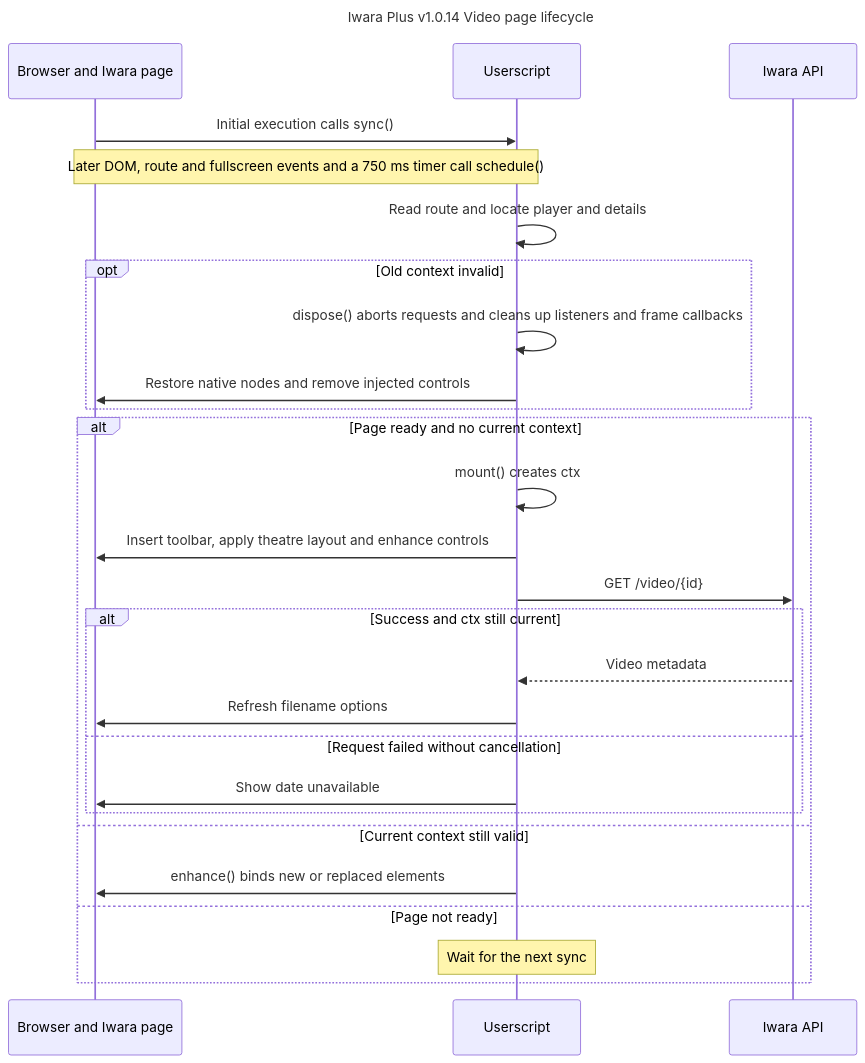
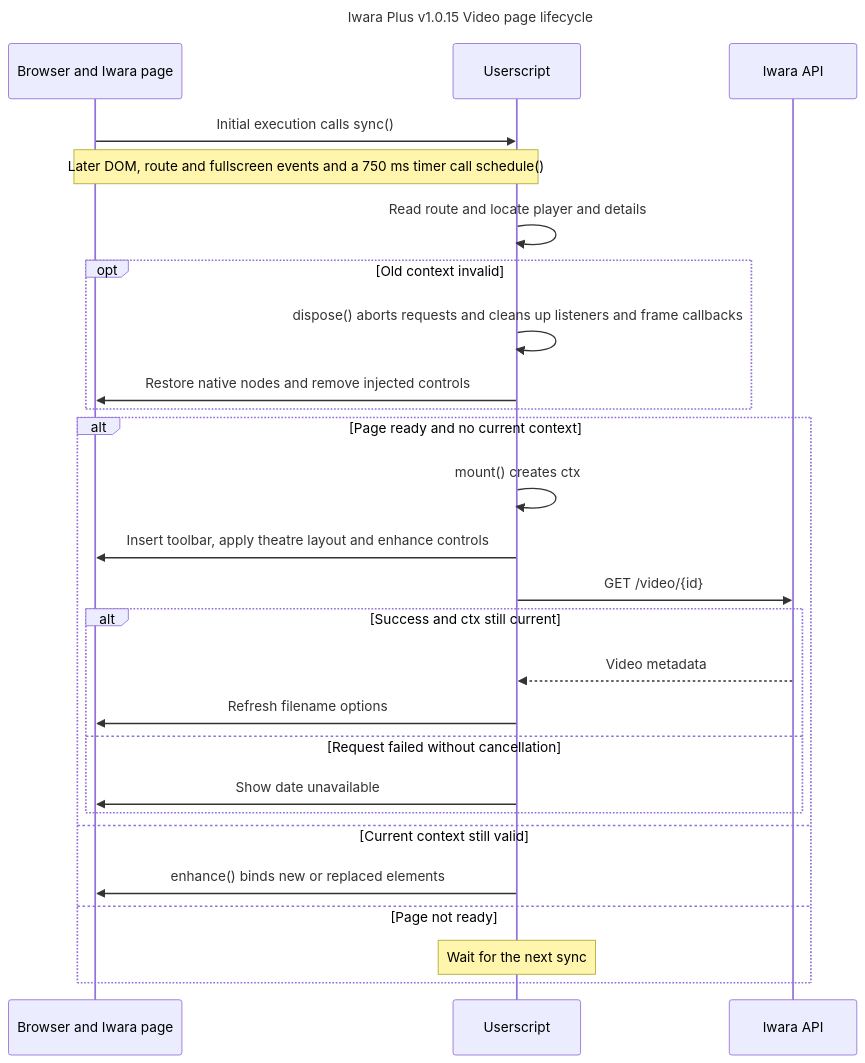
The second of 6 diagrams in docs/architecture.md (lhYanghc/iwara-plus), drawn with Mermaid before and after one commit. The commit also changed other lines of this file and 7 other files, not shown here.

````diff
--- a/docs/architecture.md
+++ b/docs/architecture.md
@@ -67,31 +70,31 @@
 ```mermaid
 ---
-title: Iwara Plus v1.0.14 Video page lifecycle
+title: Iwara Plus v1.0.15 Video page lifecycle
 ---
 sequenceDiagram
     participant B as Browser and Iwara page
     participant L as Userscript
     participant A as Iwara API
     B->>L: Initial execution calls sync()
     Note over B,L: Later DOM, route and fullscreen events and a 750 ms timer call schedule()
     L->>L: Read route and locate player and details
     opt Old context invalid
         L->>L: dispose() aborts requests and cleans up listeners and frame callbacks
         L->>B: Restore native nodes and remove injected controls
     end
     alt Page ready and no current context
         L->>L: mount() creates ctx
         L->>B: Insert toolbar, apply theatre layout and enhance controls
         L->>A: GET /video/{id}
         alt Success and ctx still current
             A-->>L: Video metadata
             L->>B: Refresh filename options
         else Request failed without cancellation
             L->>B: Show date unavailable
         end
     else Current context still valid
         L->>B: enhance() binds new or replaced elements
     else Page not ready
         Note over L: Wait for the next sync
     end
 ```
````
